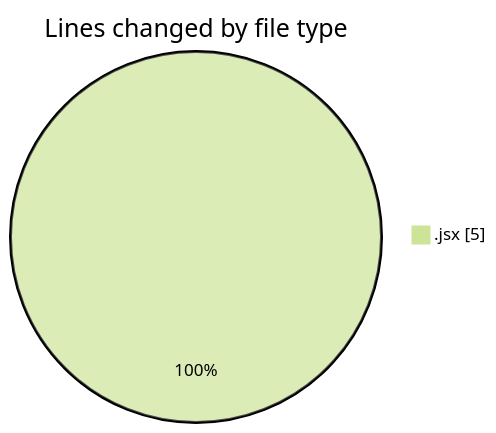
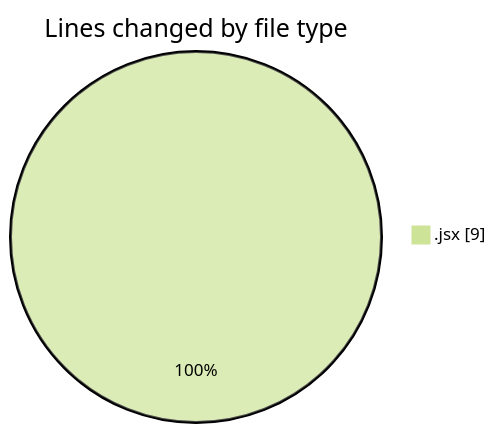
One commit to nxtqubesakshisongat/code-tracking changed the first of 2 diagrams in 2025-06-26/nxtqube_webapp/README.md. Above: the diagram before and after it, drawn with Mermaid (forest theme). The commit also changed other lines of this file and 1 other file, not shown here.

````diff
--- a/2025-06-26/nxtqube_webapp/README.md
+++ b/2025-06-26/nxtqube_webapp/README.md
@@ -20,5 +20,5 @@
 ```mermaid
 pie showData
 title Lines changed by file type
-".jsx" : 5
+".jsx" : 9
 ```
````
